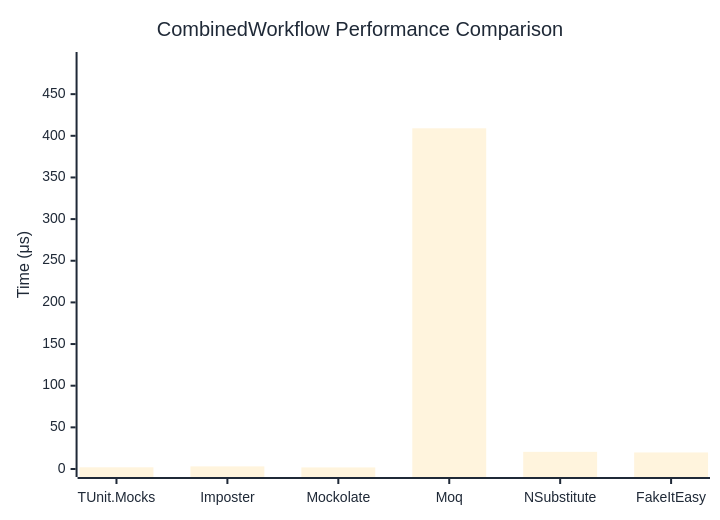
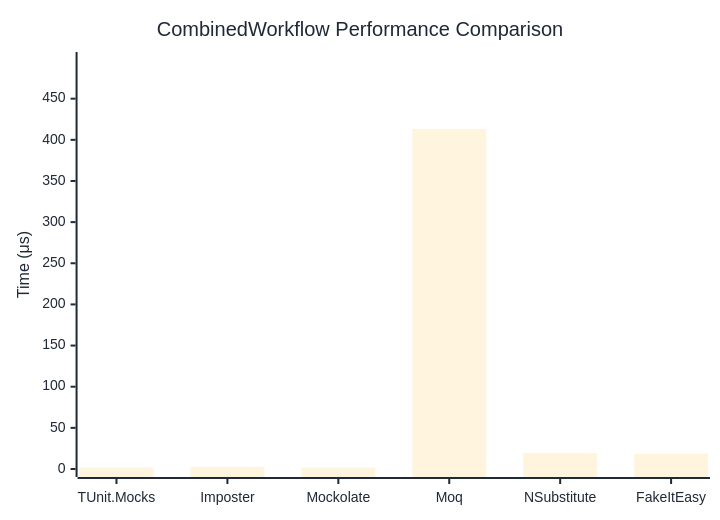
The diagram in docs/docs/benchmarks/mocks/CombinedWorkflow.md (thomhurst/TUnit), drawn with Mermaid before and after one commit. The commit also changed other lines of this file and 14 other files, not shown here.

````diff
--- a/docs/docs/benchmarks/mocks/CombinedWorkflow.md
+++ b/docs/docs/benchmarks/mocks/CombinedWorkflow.md
@@ -30,27 +30,27 @@
 ```mermaid
 %%{init: {
   'theme':'base',
   'themeVariables': {
     'primaryColor': '#2563eb',
     'primaryTextColor': '#1f2937',
     'primaryBorderColor': '#1e40af',
     'lineColor': '#6b7280',
     'secondaryColor': '#7c3aed',
     'tertiaryColor': '#dc2626',
     'background': '#ffffff',
     'pie1': '#2563eb',
     'pie2': '#7c3aed',
     'pie3': '#dc2626',
     'pie4': '#f59e0b',
     'pie5': '#10b981',
     'pie6': '#06b6d4',
     'pie7': '#ec4899',
     'pie8': '#6366f1'
   }
 }}%%
 xychart-beta
   title "CombinedWorkflow Performance Comparison"
   x-axis ["TUnit.Mocks", "Imposter", "Mockolate", "Moq", "NSubstitute", "FakeItEasy"]
-  y-axis "Time (μs)" 0 --> 491
-  bar [2.025, 3.133, 1.892, 409.002, 20.591, 19.889]
+  y-axis "Time (μs)" 0 --> 497
+  bar [1.86, 2.694, 1.727, 413.347, 19.395, 18.531]
 ```
````
